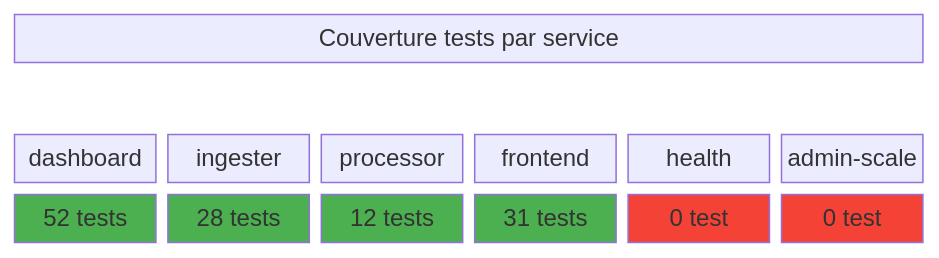
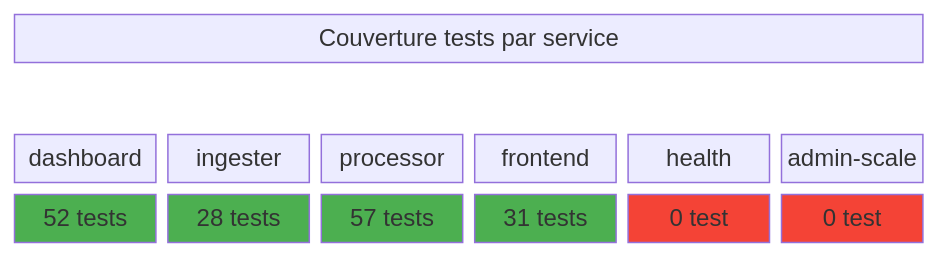
The sixth of 7 diagrams in docs/testing-overview.md (ClementV78/CloudRadar), drawn with Mermaid before and after one commit. The commit also changed other lines of this file and 14 other files, not shown here.

````diff
--- a/docs/testing-overview.md
+++ b/docs/testing-overview.md
@@ -252,15 +252,15 @@
 ```mermaid
 block-beta
   columns 6
   header["Couverture tests par service"]:6
   space:6
   A["dashboard"] B["ingester"] C["processor"] D["frontend"] E["health"] F["admin-scale"]
-  A1["52 tests"] B1["28 tests"] C1["12 tests"] D1["31 tests"] E1["0 test"] F1["0 test"]
+  A1["52 tests"] B1["28 tests"] C1["57 tests"] D1["31 tests"] E1["0 test"] F1["0 test"]
 
   style A1 fill:#4caf50,color:#fff
   style B1 fill:#4caf50,color:#fff
   style C1 fill:#4caf50,color:#fff
   style D1 fill:#4caf50,color:#fff
   style E1 fill:#f44336,color:#fff
   style F1 fill:#f44336,color:#fff
 ```
````
